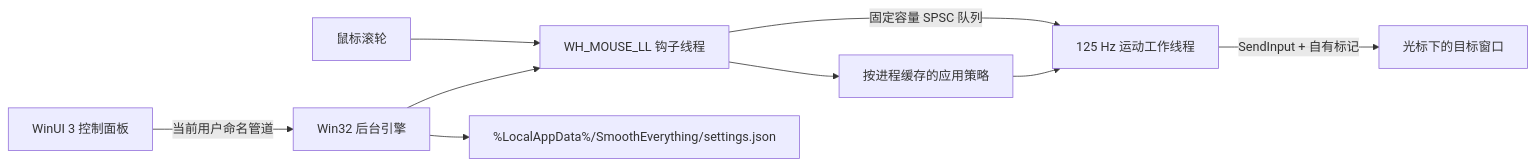
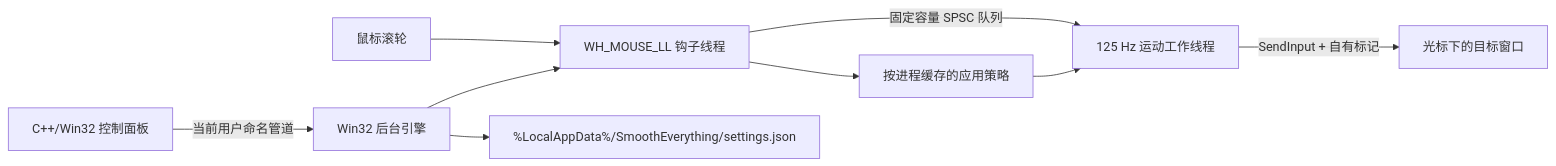
Before and after one commit to sakaman/SmoothEverything: the diagram in README.md, drawn with Mermaid. The commit also changed other lines of this file and 17 other files, not shown here.

Commit message:
Replace WinUI panel with native Win32 UI

````diff
--- a/README.md
+++ b/README.md
@@ -23,11 +23,11 @@
 ```mermaid
 flowchart LR
     Mouse["鼠标滚轮"] --> Hook["WH_MOUSE_LL 钩子线程"]
     Hook -->|"固定容量 SPSC 队列"| Worker["125 Hz 运动工作线程"]
     Worker -->|"SendInput + 自有标记"| Target["光标下的目标窗口"]
     Hook --> Policy["按进程缓存的应用策略"]
-    Panel["WinUI 3 控制面板"] -->|"当前用户命名管道"| Engine["Win32 后台引擎"]
+    Panel["C++/Win32 控制面板"] -->|"当前用户命名管道"| Engine["Win32 后台引擎"]
     Engine --> Store["%LocalAppData%/SmoothEverything/settings.json"]
     Engine --> Hook
     Policy --> Worker
 ```
````
